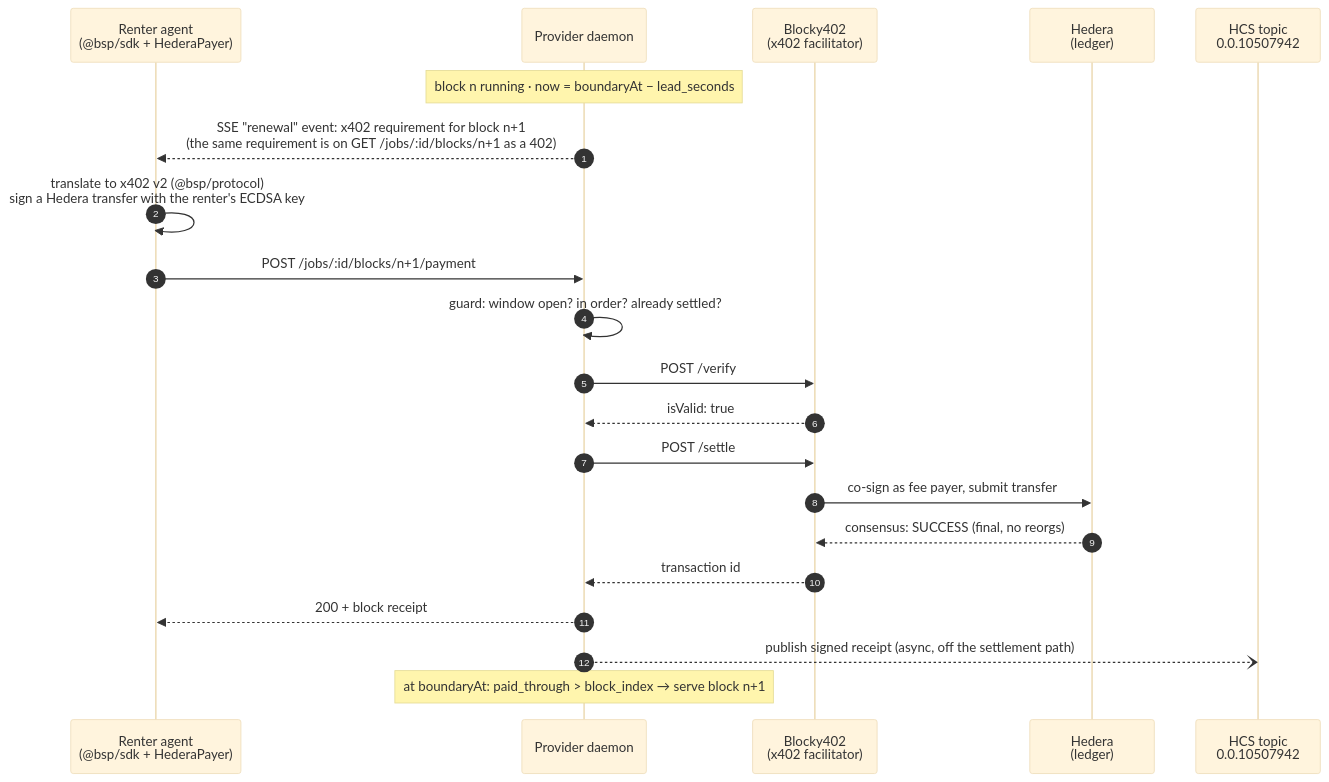
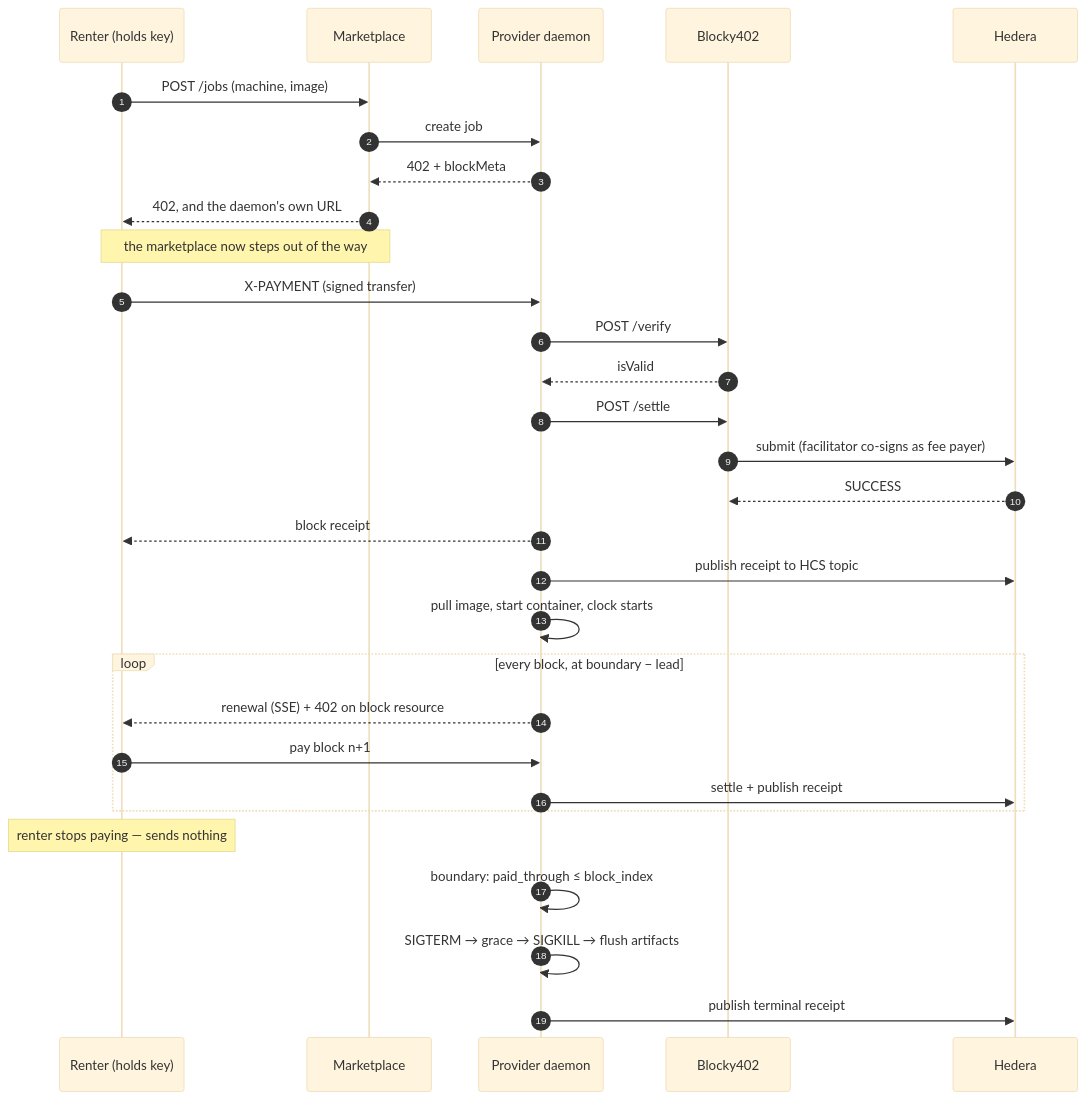
The second of 4 diagrams in README.md (princepanwar2k3/Tessera), drawn with Mermaid (base theme) before and after one commit. The commit also changed other lines of this file, not shown here.

````diff
--- a/README.md
+++ b/README.md
@@ -169,24 +142,36 @@
 ```mermaid
 sequenceDiagram
     autonumber
-    participant R as Renter agent<br/>(@bsp/sdk + HederaPayer)
+    participant R as Renter (holds key)
+    participant M as Marketplace
     participant P as Provider daemon
-    participant F as Blocky402<br/>(x402 facilitator)
-    participant H as Hedera<br/>(ledger)
-    participant T as HCS topic<br/>0.0.10507942
+    participant F as Blocky402
+    participant H as Hedera
 
-    Note over P: block n running · now = boundaryAt − lead_seconds
-    P-->>R: SSE "renewal" event: x402 requirement for block n+1<br/>(the same requirement is on GET /jobs/:id/blocks/n+1 as a 402)
-    R->>R: translate to x402 v2 (@bsp/protocol)<br/>sign a Hedera transfer with the renter's ECDSA key
-    R->>P: POST /jobs/:id/blocks/n+1/payment
-    P->>P: guard: window open? in order? already settled?
+    R->>M: POST /jobs (machine, image)
+    M->>P: create job
+    P-->>M: 402 + blockMeta
+    M-->>R: 402, and the daemon's own URL
+    Note over M,R: the marketplace now steps out of the way
+
+    R->>P: X-PAYMENT (signed transfer)
     P->>F: POST /verify
-    F-->>P: isValid: true
+    F-->>P: isValid
     P->>F: POST /settle
-    F->>H: co-sign as fee payer, submit transfer
-    H-->>F: consensus: SUCCESS (final, no reorgs)
-    F-->>P: transaction id
-    P-->>R: 200 + block receipt
-    P--)T: publish signed receipt (async, off the settlement path)
-    Note over P: at boundaryAt: paid_through > block_index → serve block n+1
+    F->>H: submit (facilitator co-signs as fee payer)
+    H-->>F: SUCCESS
+    P-->>R: block receipt
+    P->>H: publish receipt to HCS topic
+    P->>P: pull image, start container, clock starts
+
+    loop every block, at boundary − lead
+        P-->>R: renewal (SSE) + 402 on block resource
+        R->>P: pay block n+1
+        P->>H: settle + publish receipt
+    end
+
+    Note over R: renter stops paying — sends nothing
+    P->>P: boundary: paid_through ≤ block_index
+    P->>P: SIGTERM → grace → SIGKILL → flush artifacts
+    P->>H: publish terminal receipt
 ```
````
